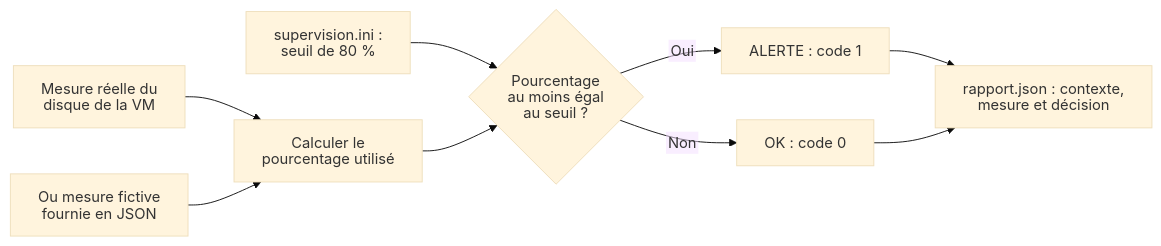
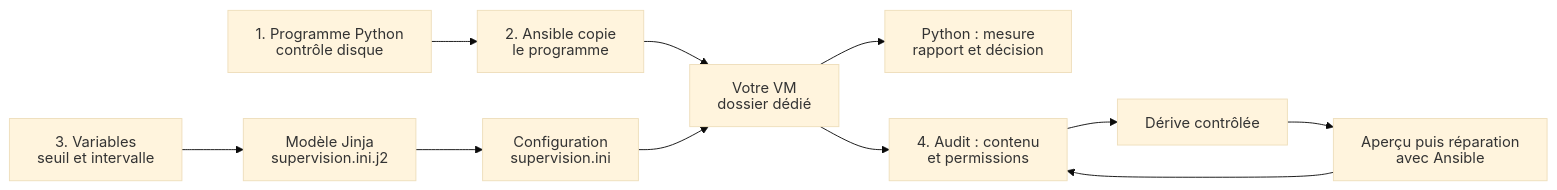
One commit to lapeyrade/formation-python changed the diagram in ateliers/07/README.md. Above: the diagram before and after it, drawn with Mermaid (base theme). The commit also changed other lines of this file and 17 other files, not shown here.

````diff
--- a/ateliers/07/README.md
+++ b/ateliers/07/README.md
@@ -21,12 +29,14 @@
 ```mermaid
 %%{init: {"htmlLabels": false, "flowchart": {"htmlLabels": false}}}%%
 flowchart LR
-  C["supervision.ini :<br/>seuil de 80 %"] --> D
-  R["Mesure réelle du<br/>disque de la VM"] --> P["Calculer le<br/>pourcentage utilisé"]
-  S["Ou mesure fictive<br/>fournie en JSON"] --> P
-  P --> D{"Pourcentage<br/>au moins égal<br/>au seuil ?"}
-  D -->|Oui| A["ALERTE : code 1"]
-  D -->|Non| O["OK : code 0"]
-  A --> J["rapport.json : contexte,<br/>mesure et décision"]
-  O --> J
+  P["1. Programme Python<br/>contrôle disque"] --> C["2. Ansible copie<br/>le programme"]
+  V["3. Variables<br/>seuil et intervalle"] --> T["Modèle Jinja<br/>supervision.ini.j2"]
+  T --> I["Configuration<br/>supervision.ini"]
+  C --> M["Votre VM<br/>dossier dédié"]
+  I --> M
+  M --> R["Python : mesure<br/>rapport et décision"]
+  M --> A["4. Audit : contenu<br/>et permissions"]
+  A --> D["Dérive contrôlée"]
+  D --> F["Aperçu puis réparation<br/>avec Ansible"]
+  F --> A
 ```
````
